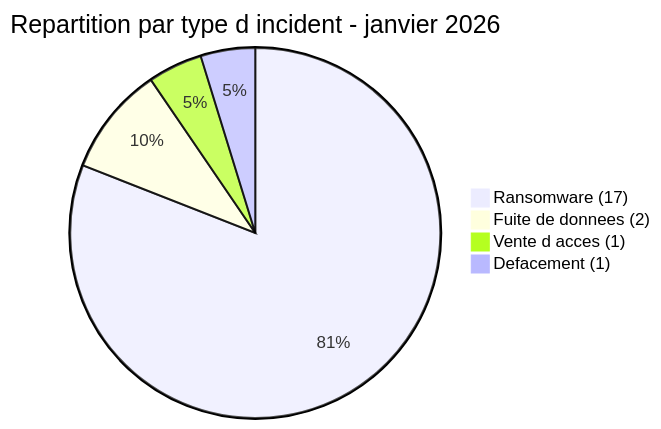
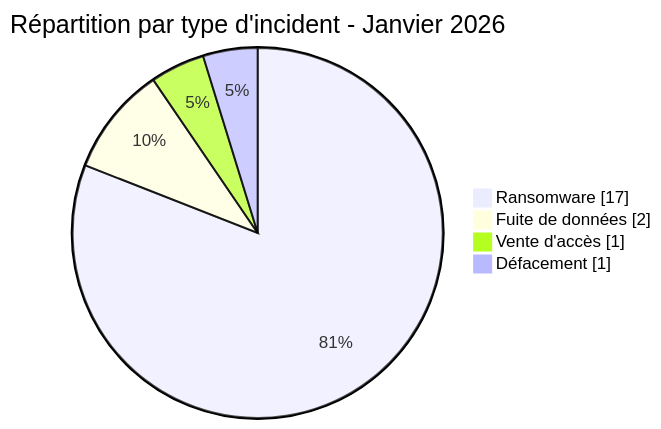
Before and after one commit to Hatchepsoute/AFRINTEL: the third of 7 diagrams in CyberAttackAfrica/2026/01-january/README_FR.md, drawn with Mermaid. The commit also changed other lines of this file and 45 other files, not shown here.

````diff
--- a/CyberAttackAfrica/2026/01-january/README_FR.md
+++ b/CyberAttackAfrica/2026/01-january/README_FR.md
@@ -96,8 +109,8 @@
 ```mermaid
-pie
- title Repartition par type d incident - janvier 2026
- "Ransomware (17)" : 17
- "Fuite de donnees (2)" : 2
- "Vente d acces (1)" : 1
- "Defacement (1)" : 1
+pie showData
+    title Répartition par type d'incident - Janvier 2026
+    "Ransomware" : 17
+    "Fuite de données" : 2
+    "Vente d'accès" : 1
+    "Défacement" : 1
 ```
````
